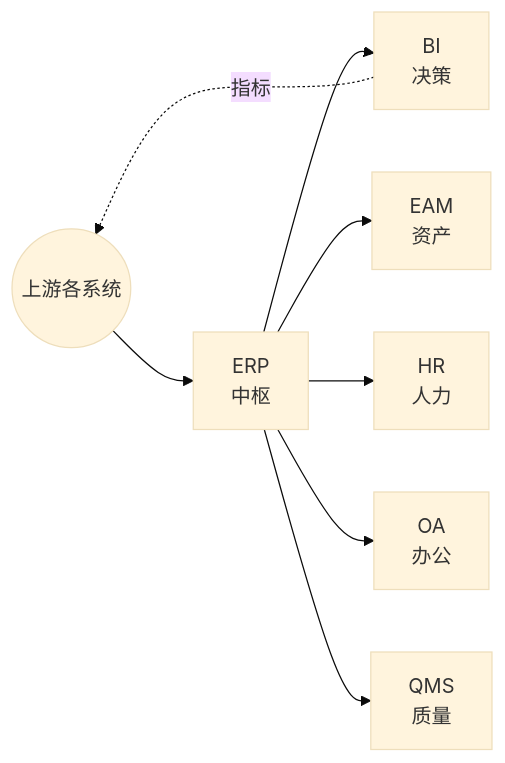
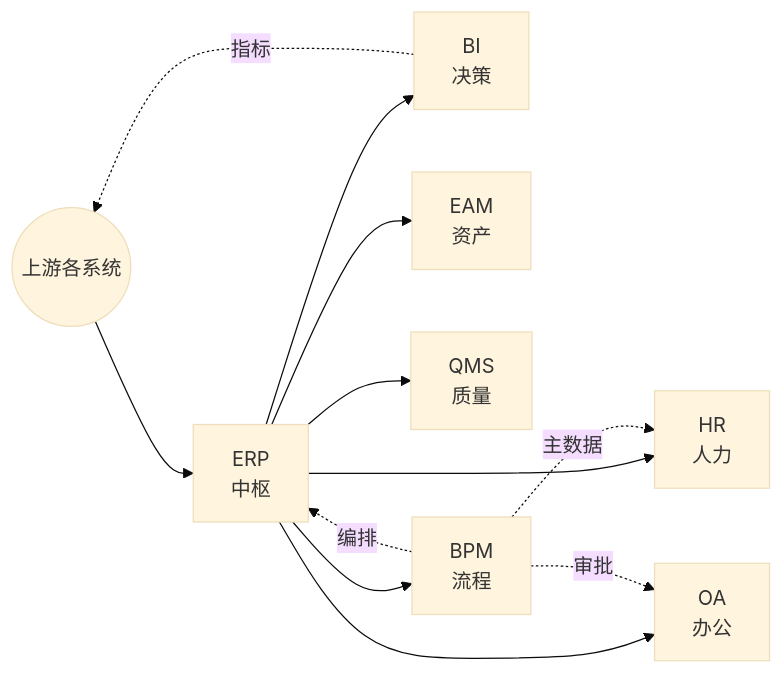
The diagram in note/08.application-systems/05-operations/README.md (wb04307201/wb04307201), drawn with Mermaid (base theme) before and after one commit. The commit also changed other lines of this file and 1 other file, not shown here.

````diff
--- a/note/08.application-systems/05-operations/README.md
+++ b/note/08.application-systems/05-operations/README.md
@@ -16,10 +16,14 @@
 ```mermaid
 flowchart LR
     A((上游各系统)) --> B[ERP<br/>中枢]
     B --> C[BI<br/>决策]
     B --> D[EAM<br/>资产]
     B --> E[HR<br/>人力]
     B --> F[OA<br/>办公]
     B --> G[QMS<br/>质量]
+    B --> H[BPM<br/>流程]
     C -.指标.-> A
+    H -.编排.-> B
+    H -.审批.-> F
+    H -.主数据.-> E
 ```
````
